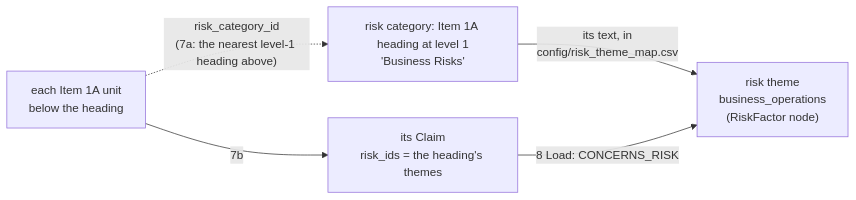
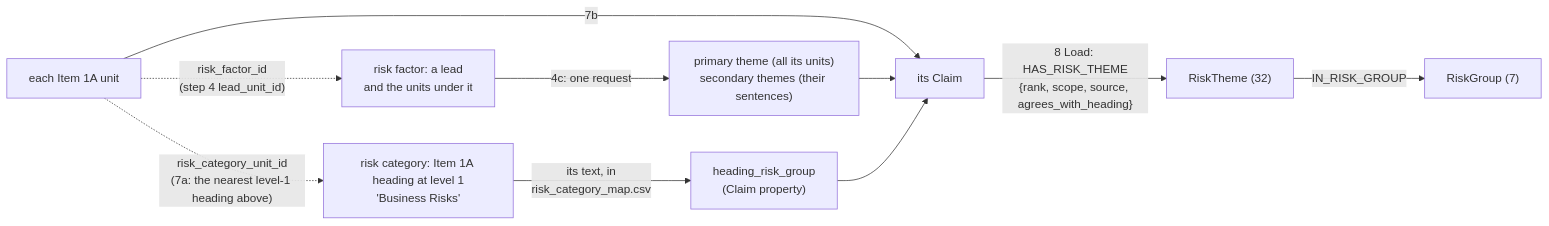
The third of 4 diagrams in extraction_pipeline/README.md (ZiyiClaudiaWang/KPMG-GraphRAG), drawn with Mermaid before and after one commit. The commit also changed other lines of this file and 22 other files, not shown here.

Commit message:
Wire the risk taxonomy in: heading -> group map, step 4c theme classifier, HAS_RISK_THEME in build_claims and load

````diff
--- a/extraction_pipeline/README.md
+++ b/extraction_pipeline/README.md
@@ -152,7 +156,12 @@
 ```mermaid
 flowchart LR
-    U["each Item 1A unit<br/>below the heading"] -.->|"risk_category_id<br/>(7a: the nearest level-1 heading above)"| CH["risk category: Item 1A heading at level 1<br/>'Business Risks'"]
-    CH -->|"its text, in<br/>config/risk_theme_map.csv"| RF["risk theme<br/>business_operations<br/>(RiskFactor node)"]
-    U -->|"7b"| CL["its Claim<br/>risk_ids = the heading's themes"]
-    CL -->|"8 Load: CONCERNS_RISK"| RF
+    U["each Item 1A unit"] -.->|"risk_category_unit_id<br/>(7a: the nearest level-1 heading above)"| CH["risk category: Item 1A heading at level 1<br/>'Business Risks'"]
+    CH -->|"its text, in<br/>risk_category_map.csv"| HG["heading_risk_group<br/>(Claim property)"]
+    U -.->|"risk_factor_id<br/>(step 4 lead_unit_id)"| RFX["risk factor: a lead<br/>and the units under it"]
+    RFX -->|"4c: one request"| TH["primary theme (all its units)<br/>secondary themes (their sentences)"]
+    U -->|"7b"| CL["its Claim"]
+    TH --> CL
+    HG --> CL
+    CL -->|"8 Load: HAS_RISK_THEME<br/>{rank, scope, source, agrees_with_heading}"| RT["RiskTheme (32)"]
+    RT -->|"IN_RISK_GROUP"| RG["RiskGroup (7)"]
 ```
````
